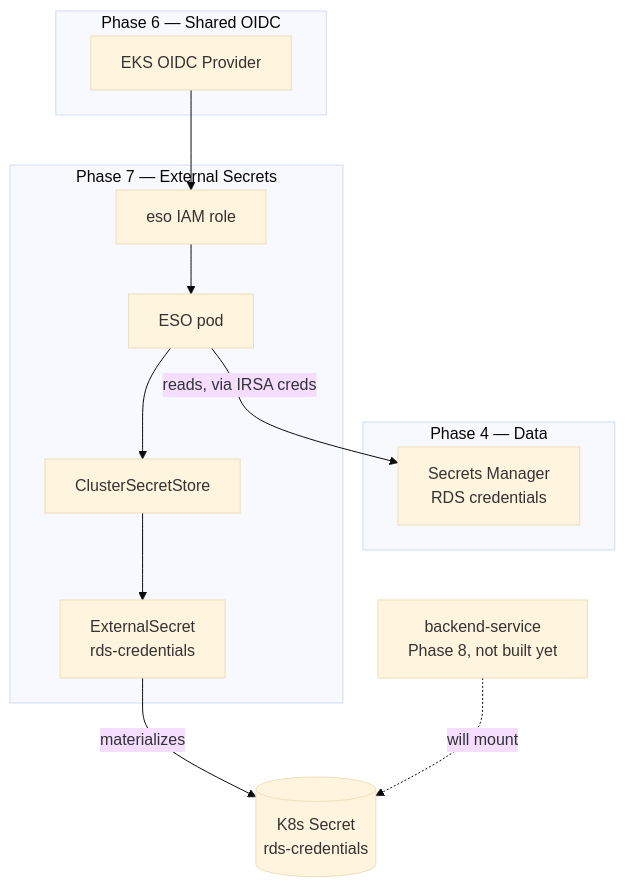
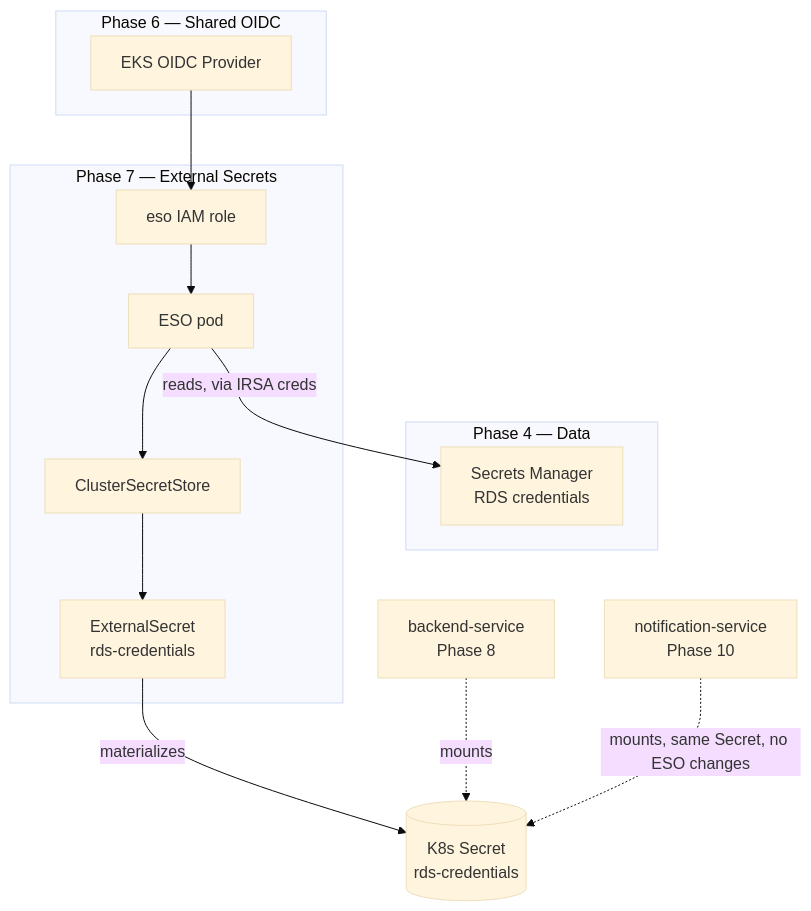
Before and after one commit to acme-cloud-platform/platform-infrastructure: the eighth of 12 diagrams in README.md, drawn with Mermaid (base theme). The commit also changed other lines of this file and 1 other file, not shown here.

Commit message:
Phase 10: Readme Updated

````diff
--- a/README.md
+++ b/README.md
@@ -360,25 +357,27 @@
 ```mermaid
 graph TB
     subgraph Secrets["Phase 4 — Data"]
         SM[Secrets Manager<br/>RDS credentials]
     end
     subgraph IRSA["Phase 6 — Shared OIDC"]
         EksOidc[EKS OIDC Provider]
     end
     subgraph ESO["Phase 7 — External Secrets"]
         EsoRole[eso IAM role]
         EsoPod[ESO pod]
         CSS[ClusterSecretStore]
         ExtSecret[ExternalSecret<br/>rds-credentials]
     end
     K8sSecret[(K8s Secret<br/>rds-credentials)]
-    Backend[backend-service<br/>Phase 8, not built yet]
+    Backend[backend-service<br/>Phase 8]
+    Notif[notification-service<br/>Phase 10]
 
     EksOidc --> EsoRole
     EsoRole --> EsoPod
     EsoPod -->|reads, via IRSA creds| SM
     EsoPod --> CSS
     CSS --> ExtSecret
     ExtSecret -->|materializes| K8sSecret
-    Backend -.will mount.-> K8sSecret
+    Backend -.mounts.-> K8sSecret
+    Notif -.mounts, same Secret, no ESO changes.-> K8sSecret
 ```
````
